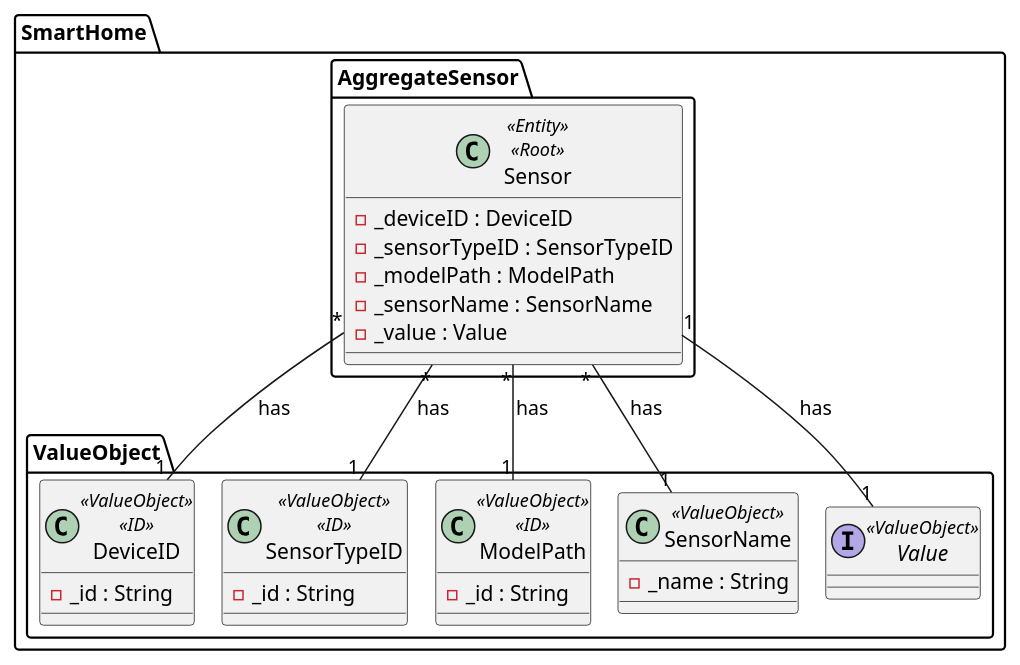
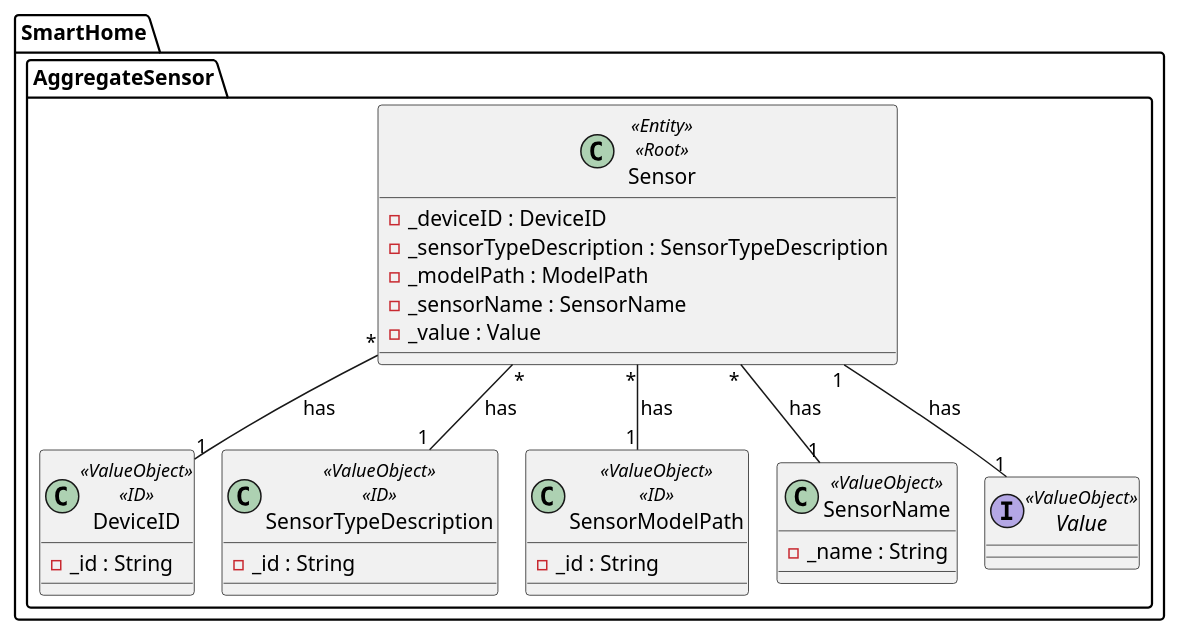
The diagram in docs/general/agreggateModels/Sensor.puml (olivDiogo/SmartHome), drawn with PlantUML before and after one commit. The commit also changed 3 other files, not shown here.

Commit message:
#268 [feature] updated aggregate diagrams

```diff
--- a/docs/general/agreggateModels/Sensor.puml
+++ b/docs/general/agreggateModels/Sensor.puml
@@ -1,41 +1,41 @@
 @startuml
 'https://plantuml.com/class-diagram
 !pragma layout smetana
 
 package SmartHome.AggregateSensor {
     class Sensor <<Entity>> <<Root>> {
         - _deviceID : DeviceID
-        - _sensorTypeID : SensorTypeID
+        - _sensorTypeDescription : SensorTypeDescription
         - _modelPath : ModelPath
         - _sensorName : SensorName
         - _value : Value
     }
 }
 
-package SmartHome.ValueObject {
+package SmartHome.AggregateSensor {
     class DeviceID <<ValueObject>> <<ID>> {
         - _id : String
     }
 
-    class SensorTypeID <<ValueObject>> <<ID>> {
+    class SensorTypeDescription <<ValueObject>> <<ID>> {
         - _id : String
     }
-    class ModelPath <<ValueObject>> <<ID>> {
+    class SensorModelPath <<ValueObject>> <<ID>> {
         - _id : String
     }
 
     class SensorName <<ValueObject>> {
         - _name : String
     }
 
     interface Value <<ValueObject>>{
     }
 }
 
-Sensor "*" -- "1" SensorTypeID : has
-Sensor "*" -- "1" ModelPath : has
+Sensor "*" -- "1" SensorTypeDescription : has
+Sensor "*" -- "1" SensorModelPath : has
 Sensor "1" -- "1" Value : has
 Sensor "*" -- "1" DeviceID : has
 Sensor "*" -- "1" SensorName : has
 
 @enduml
```
